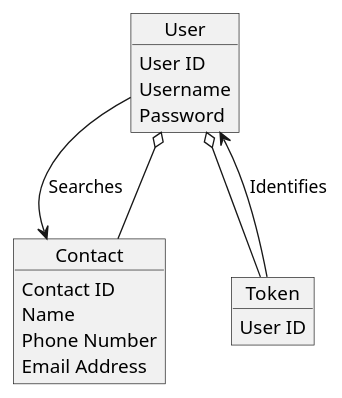
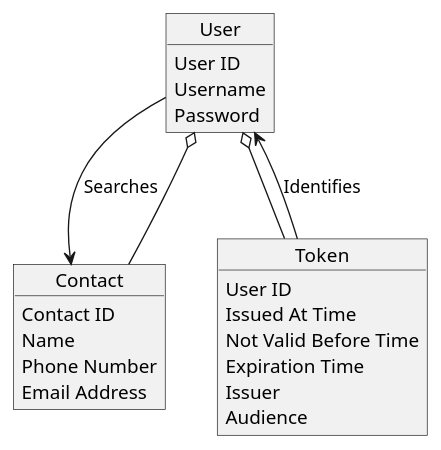
Before and after one commit to ethandrzb/ContactManager: the diagram in uml/entity-relationship.puml, drawn with PlantUML.

Commit message:
Add additional properties to Token

```diff
--- a/uml/entity-relationship.puml
+++ b/uml/entity-relationship.puml
@@ -1,25 +1,30 @@
 @startuml
 
 object Contact {
     Contact ID
     Name
     Phone Number
     Email Address
 }
 
 object User {
     User ID
     Username
     Password
 }
 
 object Token {
     User ID
+    Issued At Time
+    Not Valid Before Time
+    Expiration Time
+    Issuer
+    Audience
 }
 
 User --> Contact : Searches
 Token --> User : Identifies
 User o-- Contact
 User o-- Token
 
 @enduml
```
